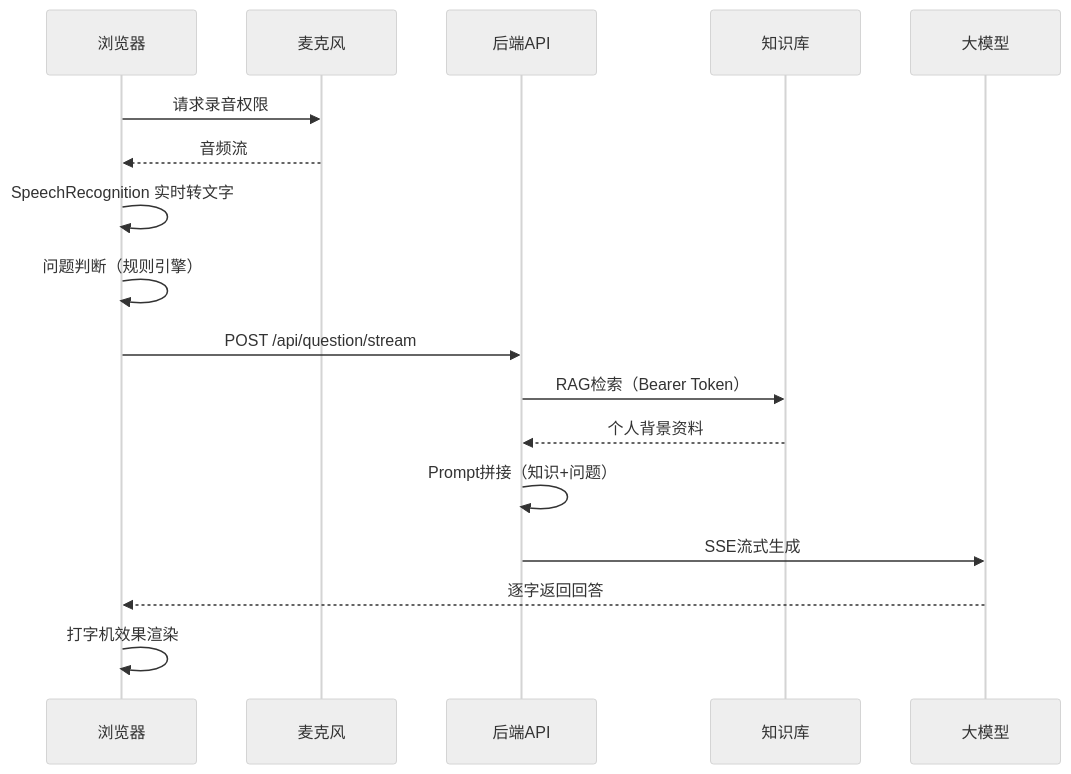
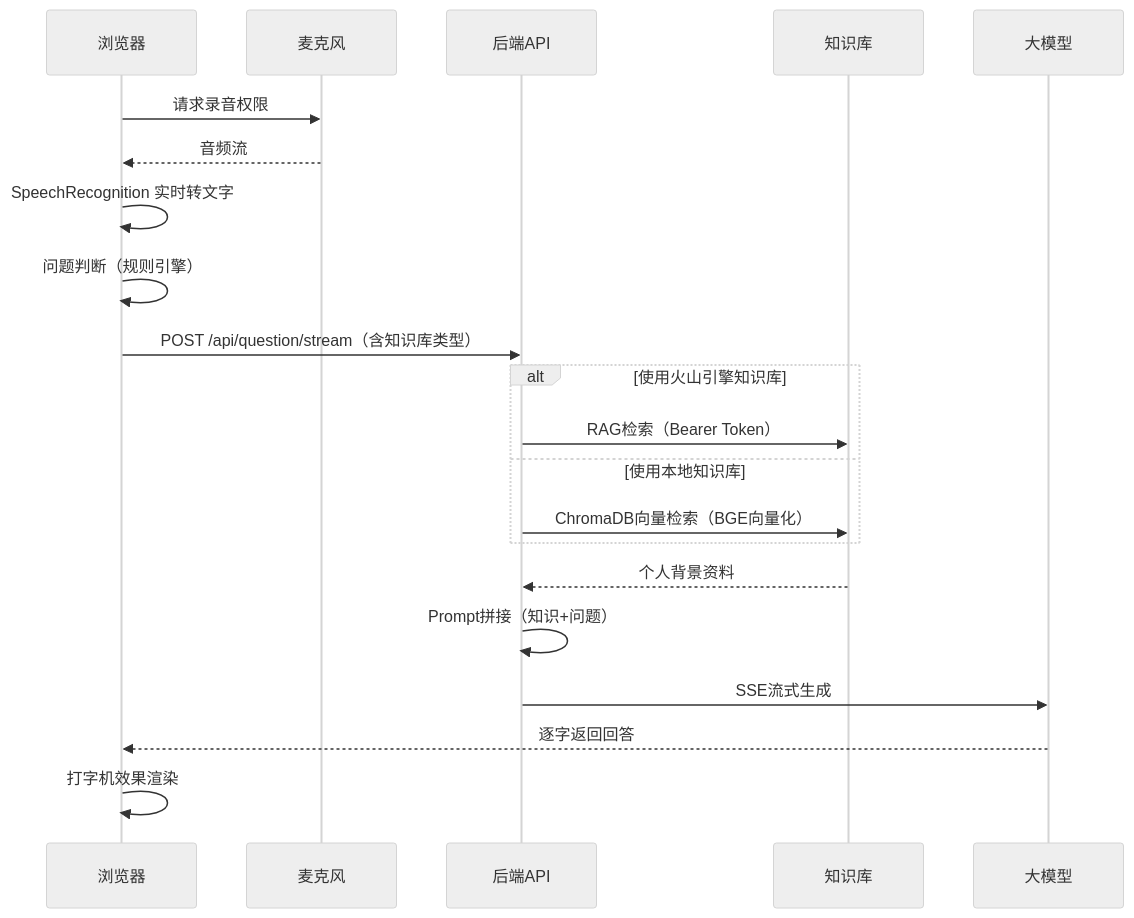
One commit to siYuanJun/interview-tiger changed the diagram in README.md. Above: the diagram before and after it, drawn with Mermaid (neutral theme). The commit also changed other lines of this file, not shown here.

````diff
--- a/README.md
+++ b/README.md
@@ -104,20 +145,24 @@
 ```mermaid
 sequenceDiagram
     participant 浏览器
     participant 麦克风
     participant 后端API
     participant 知识库
     participant 大模型
 
     浏览器->>麦克风: 请求录音权限
     麦克风-->>浏览器: 音频流
     浏览器->>浏览器: SpeechRecognition 实时转文字
     浏览器->>浏览器: 问题判断（规则引擎）
-    浏览器->>后端API: POST /api/question/stream
-    后端API->>知识库: RAG检索（Bearer Token）
+    浏览器->>后端API: POST /api/question/stream（含知识库类型）
+    alt 使用火山引擎知识库
+        后端API->>知识库: RAG检索（Bearer Token）
+    else 使用本地知识库
+        后端API->>知识库: ChromaDB向量检索（BGE向量化）
+    end
     知识库-->>后端API: 个人背景资料
     后端API->>后端API: Prompt拼接（知识+问题）
     后端API->>大模型: SSE流式生成
     大模型-->>浏览器: 逐字返回回答
     浏览器->>浏览器: 打字机效果渲染
 ```
````
